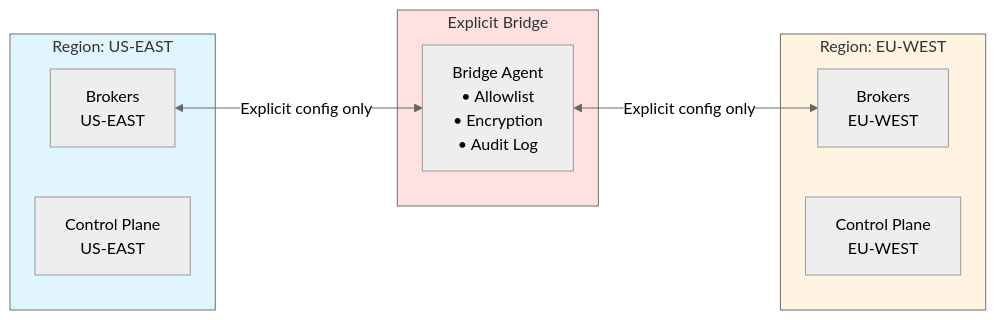
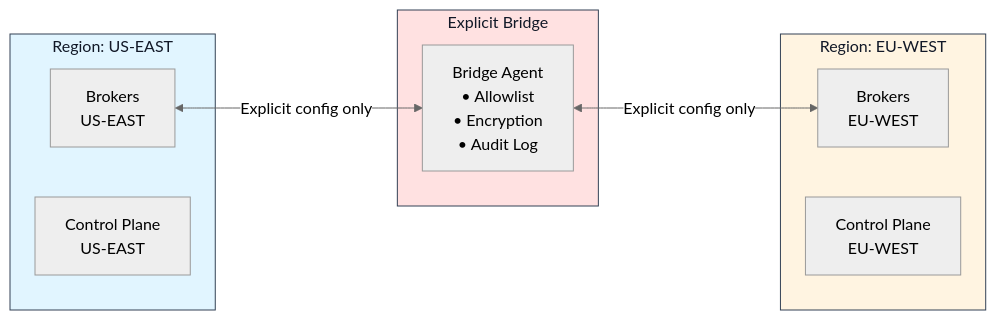
Before and after one commit to gabloe/felix: the sixth of 6 diagrams in docs-site/src/content/docs/architecture/system-design.md, drawn with Mermaid (neutral theme). The commit also changed 36 other files, not shown here.

````diff
--- a/docs-site/src/content/docs/architecture/system-design.md
+++ b/docs-site/src/content/docs/architecture/system-design.md
@@ -305,23 +305,23 @@
 ```mermaid
 flowchart LR
     subgraph Region1["Region: US-EAST"]
         B1["Brokers<br/>US-EAST"]
         CONTROLPLANE1["Control Plane<br/>US-EAST"]
     end
     
     subgraph Region2["Region: EU-WEST"]
         B2["Brokers<br/>EU-WEST"]
         CONTROLPLANE2["Control Plane<br/>EU-WEST"]
     end
     
     subgraph Bridge["Explicit Bridge"]
         BridgeAgent["Bridge Agent<br/>• Allowlist<br/>• Encryption<br/>• Audit Log"]
     end
     
     B1 <-->|"Explicit config only"| BridgeAgent
     BridgeAgent <-->|"Explicit config only"| B2
     
-    style Region1 fill:#e1f5ff
-    style Region2 fill:#fff4e1
-    style Bridge fill:#ffe1e1
+    style Region1 fill:#e1f5ff,stroke:#334155,color:#111827
+    style Region2 fill:#fff4e1,stroke:#334155,color:#111827
+    style Bridge fill:#ffe1e1,stroke:#334155,color:#111827
 ```
````
